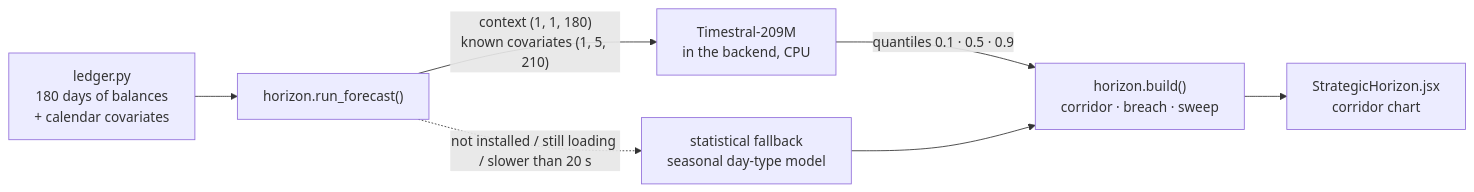
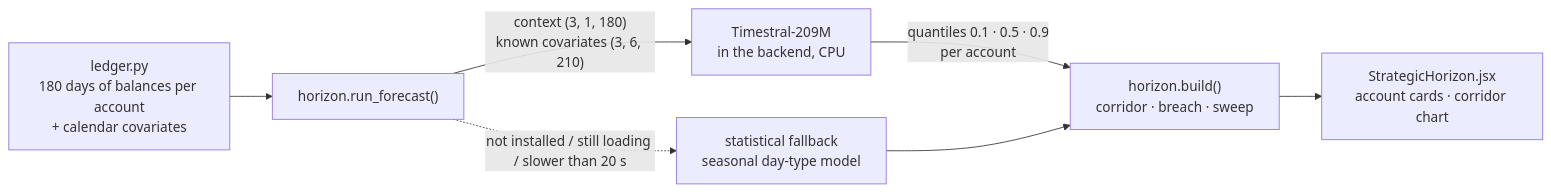
One commit to rajatrao/payment_intelligence changed the third of 3 diagrams in docs/LIQUIDITY_GUARD.md. Above: the diagram before and after it, drawn with Mermaid. The commit also changed other lines of this file and 10 other files, not shown here.

First line of the commit message:
Strategic Horizon: forecast the three Liquidity Guard accounts, left-side view tabs

````diff
--- a/docs/LIQUIDITY_GUARD.md
+++ b/docs/LIQUIDITY_GUARD.md
@@ -294,9 +296,9 @@
 ```mermaid
 flowchart LR
-    ledger["ledger.py<br/>180 days of balances<br/>+ calendar covariates"] --> run["horizon.run_forecast()"]
-    run -- "context (1, 1, 180)<br/>known covariates (1, 5, 210)" --> ts["Timestral-209M<br/>in the backend, CPU"]
-    ts -- "quantiles 0.1 · 0.5 · 0.9" --> build["horizon.build()<br/>corridor · breach · sweep"]
+    ledger["ledger.py<br/>180 days of balances per account<br/>+ calendar covariates"] --> run["horizon.run_forecast()"]
+    run -- "context (3, 1, 180)<br/>known covariates (3, 6, 210)" --> ts["Timestral-209M<br/>in the backend, CPU"]
+    ts -- "quantiles 0.1 · 0.5 · 0.9<br/>per account" --> build["horizon.build()<br/>corridor · breach · sweep"]
     run -. "not installed / still loading / slower than 20 s" .-> stat["statistical fallback<br/>seasonal day-type model"]
     stat --> build
-    build --> ui["StrategicHorizon.jsx<br/>corridor chart"]
+    build --> ui["StrategicHorizon.jsx<br/>account cards · corridor chart"]
 ```
````
